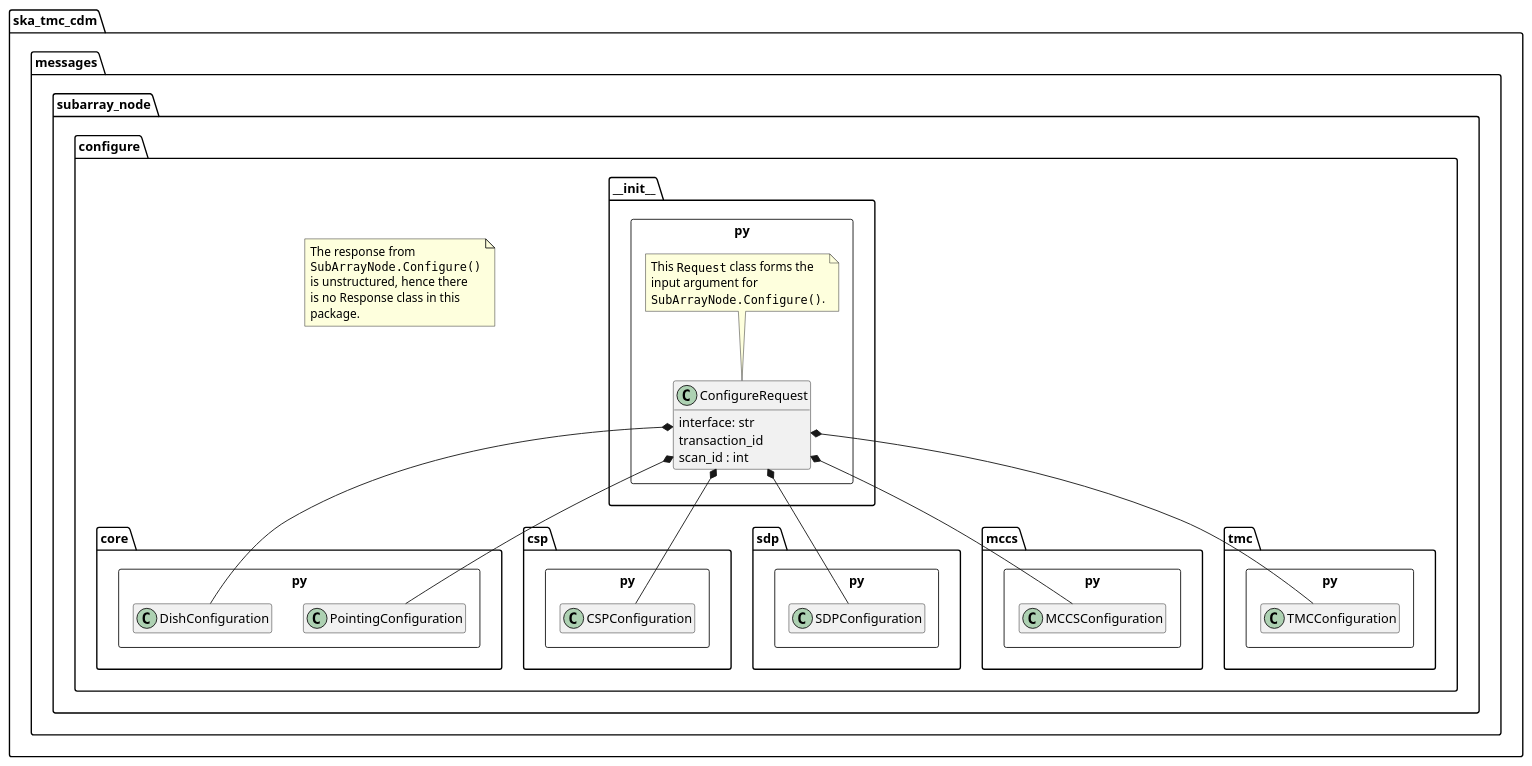
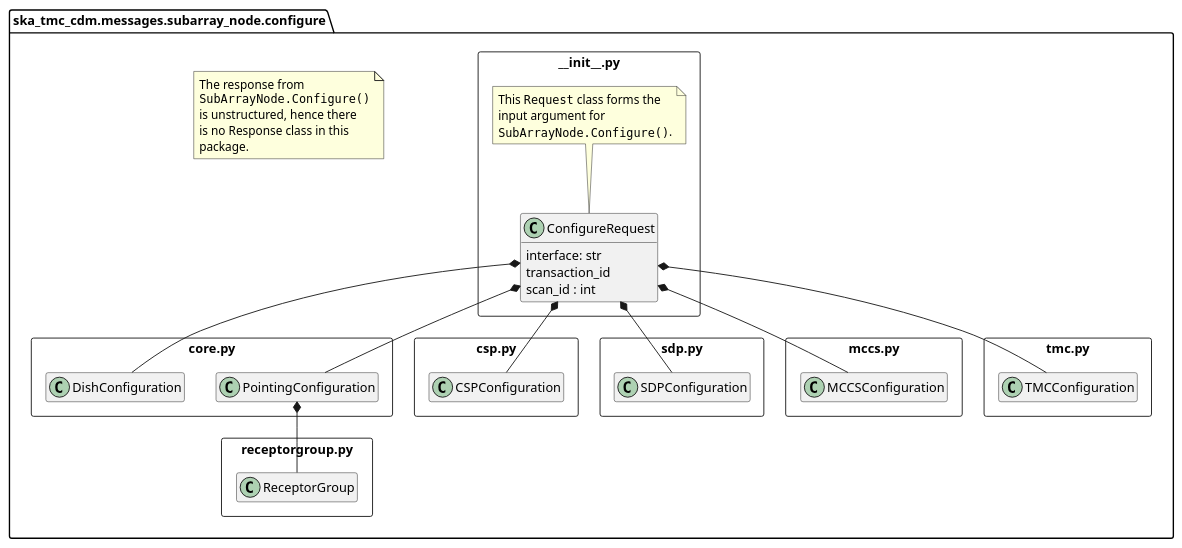
Before and after one commit to ska-telescope/cdm-shared-library: the diagram in docs/src/developer/subarraynode/init.puml, drawn with PlantUML. The commit also changed 17 other files, not shown here.

First line of the commit message:
BTN-2460: update documentation for SubArrayNode.Configure.

```diff
--- a/docs/src/developer/subarraynode/init.puml
+++ b/docs/src/developer/subarraynode/init.puml
@@ -1,59 +1,61 @@
 @startuml
 hide empty members
 
-package ska_tmc_cdm.messages.subarray_node.configure {
-	package core.py <<Rectangle>> {
+package ska_tmc_cdm.messages.subarray_node.configure as base {
+	package core.py as core <<Rectangle>> {
 		class PointingConfiguration
 		class DishConfiguration
 	}
 
-	package csp.py <<Rectangle>> {
+	package csp.py as csp <<Rectangle>> {
 		class CSPConfiguration
 	}
 
-	package sdp.py <<Rectangle>> {
+	package sdp.py as sdp <<Rectangle>> {
 		class SDPConfiguration
 	}
 
-    package sdp.py <<Rectangle>> {
-        class SDPConfiguration
+    package receptorgroup.py as receptorgroup <<Rectangle>> {
+        class ReceptorGroup
     }
 
-    package mccs.py <<Rectangle>> {
+    package mccs.py as mccs <<Rectangle>> {
         class MCCSConfiguration
     }
 
-	package tmc.py <<Rectangle>> {
+	package tmc.py as tmc <<Rectangle>> {
 		class TMCConfiguration
 	}
 
-	package ~__init__.py <<Rectangle>> {
+	package ~__init__.py as init <<Rectangle>> {
 		class ConfigureRequest {
             interface: str
 			transaction_id
 			scan_id : int
 		}
 		ConfigureRequest *-- PointingConfiguration
 		ConfigureRequest *-- DishConfiguration
 		ConfigureRequest *-- CSPConfiguration
 		ConfigureRequest *-- SDPConfiguration
 		ConfigureRequest *-- MCCSConfiguration
         ConfigureRequest *-- TMCConfiguration
 
 		note top of ConfigureRequest
 			This ""Request"" class forms the
 			input argument for
 			""SubArrayNode.Configure()"".
 		end note
 	}
 
 	note as N1
 		The response from
 		""SubArrayNode.Configure()""
 		is unstructured, hence there
 		is no Response class in this
 		package.
 	end note
+
+    PointingConfiguration *-- ReceptorGroup
 }
 
 @enduml
```
